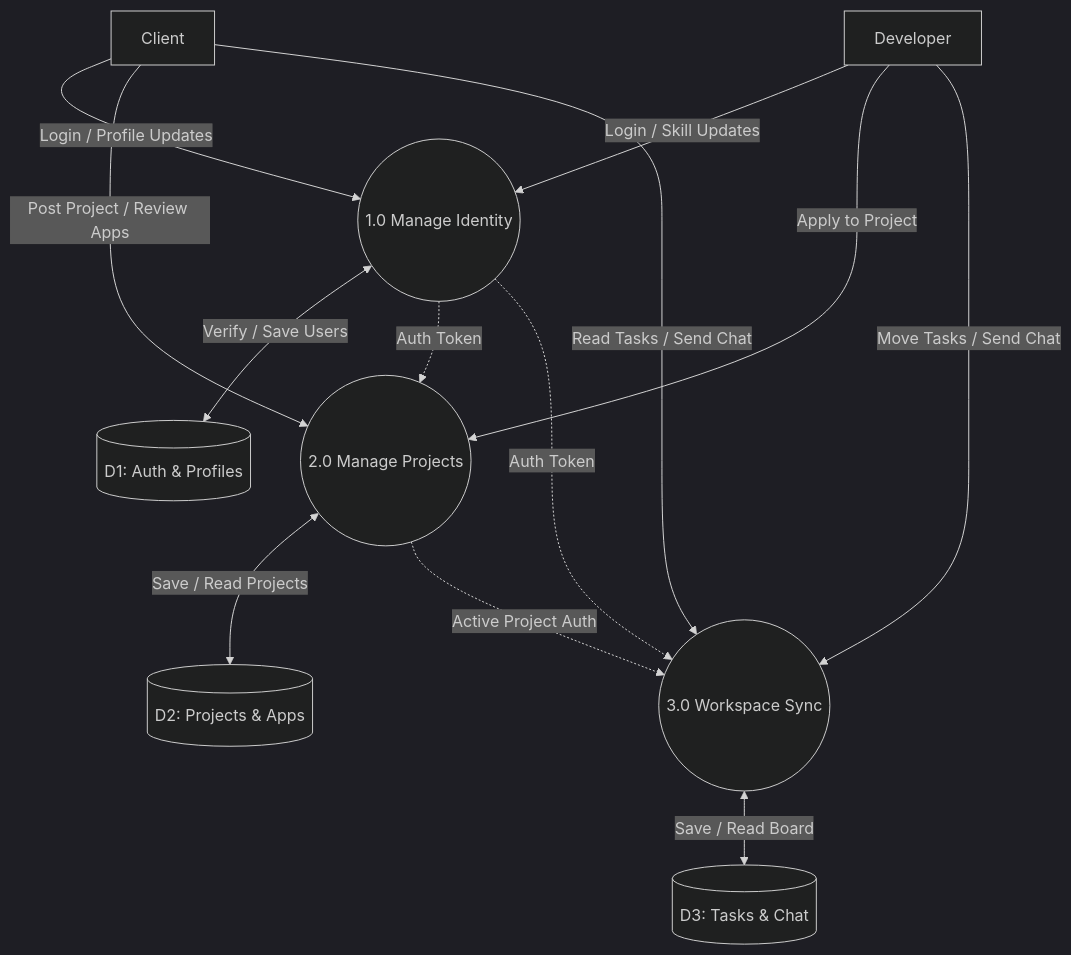
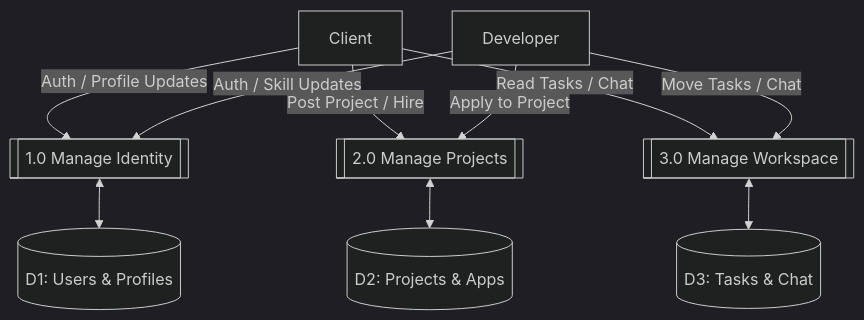
The third of 5 diagrams in README.md (qhmed67/ProjectEngine), drawn with Mermaid (dark theme) before and after one commit. The commit also changed other lines of this file, not shown here.

````diff
--- a/README.md
+++ b/README.md
@@ -106,35 +112,25 @@
 ```mermaid
 flowchart TB
-    %% External Entities
     C[Client]
     D[Developer]
 
-    %% Processes
-    P1((1.0 Manage Identity))
-    P2((2.0 Manage Projects))
-    P3((3.0 Workspace Sync))
+    P1[[1.0 Manage Identity]]
+    P2[[2.0 Manage Projects]]
+    P3[[3.0 Manage Workspace]]
 
-    %% Data Stores
-    D1[(D1: Auth & Profiles)]
+    D1[(D1: Users & Profiles)]
     D2[(D2: Projects & Apps)]
     D3[(D3: Tasks & Chat)]
 
-    %% Entity to Process Flows
-    C -- "Login / Profile Updates" --> P1
-    C -- "Post Project / Review Apps" --> P2
-    C -- "Read Tasks / Send Chat" --> P3
+    C -- "Auth / Profile Updates" --> P1
+    C -- "Post Project / Hire" --> P2
+    C -- "Read Tasks / Chat" --> P3
 
-    D -- "Login / Skill Updates" --> P1
+    D -- "Auth / Skill Updates" --> P1
     D -- "Apply to Project" --> P2
-    D -- "Move Tasks / Send Chat" --> P3
+    D -- "Move Tasks / Chat" --> P3
 
-    %% Process to Data Store Flows
-    P1 <--> |"Verify / Save Users"| D1
-    P2 <--> |"Save / Read Projects"| D2
-    P3 <--> |"Save / Read Board"| D3
-
-    %% Cross-Process Communication
-    P1 -. "Auth Token" .-> P2
-    P1 -. "Auth Token" .-> P3
-    P2 -. "Active Project Auth" .-> P3
+    P1 <--> D1
+    P2 <--> D2
+    P3 <--> D3
 ```
````
